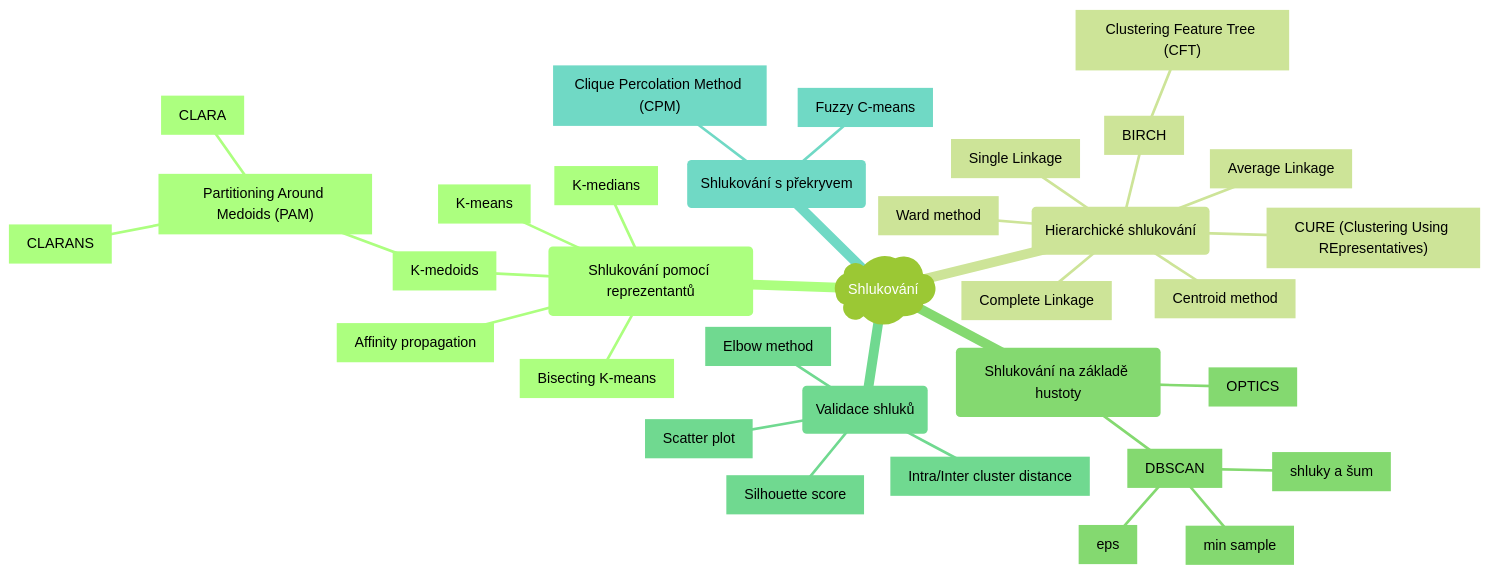
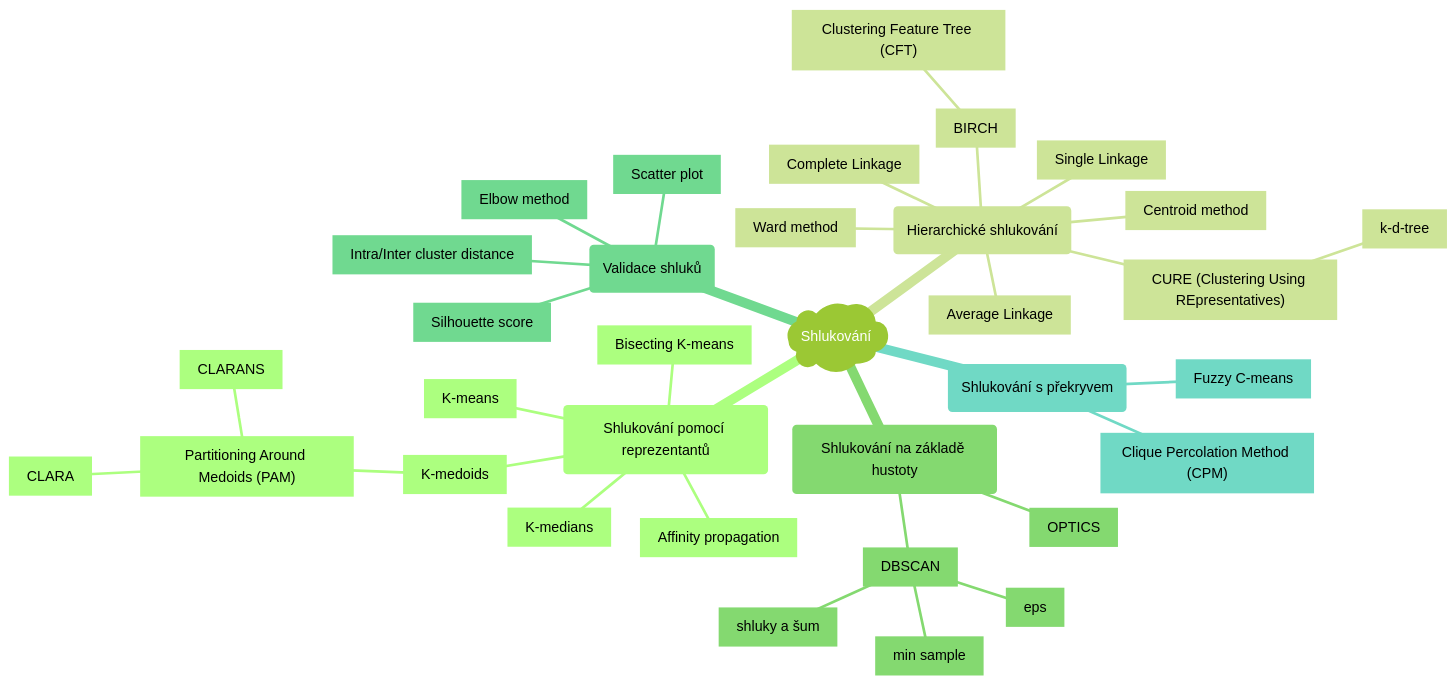
One commit to matejfric/mdbook changed the third of 9 diagrams in src/azd/azd.md. Above: the diagram before and after it, drawn with Mermaid (forest theme). The commit also changed other lines of this file and 3 other files, not shown here.

````diff
--- a/src/azd/azd.md
+++ b/src/azd/azd.md
@@ -279,36 +334,37 @@
 ```mermaid
 mindmap
   root )Shlukování)
       (Shlukování pomocí reprezentantů)
         [K-means]
         [K-medians]
         [K-medoids]
           pam["Partitioning Around Medoids (PAM)"]
             [CLARA]
             [CLARANS]
         [Affinity propagation]
         [Bisecting K-means]
       (Hierarchické shlukování)
         [Single Linkage]
         [Complete Linkage]
         [Average Linkage]
         [Centroid method]
         [Ward method]
         cure["CURE (Clustering Using REpresentatives)"]
+          [k-d-tree]
         [BIRCH]
           cft["Clustering Feature Tree (CFT)"]
       (Shlukování na základě hustoty)
         [DBSCAN]
           [min sample]
           [eps]
           [shluky a šum]
         [OPTICS]
       (Validace shluků)
         [Scatter plot]
         [Elbow method]
         [Silhouette score]
         [Intra/Inter cluster distance]
       (Shlukování s překryvem)
         [Fuzzy C-means]
         cpm["Clique Percolation Method (CPM)"]
 ```
````
